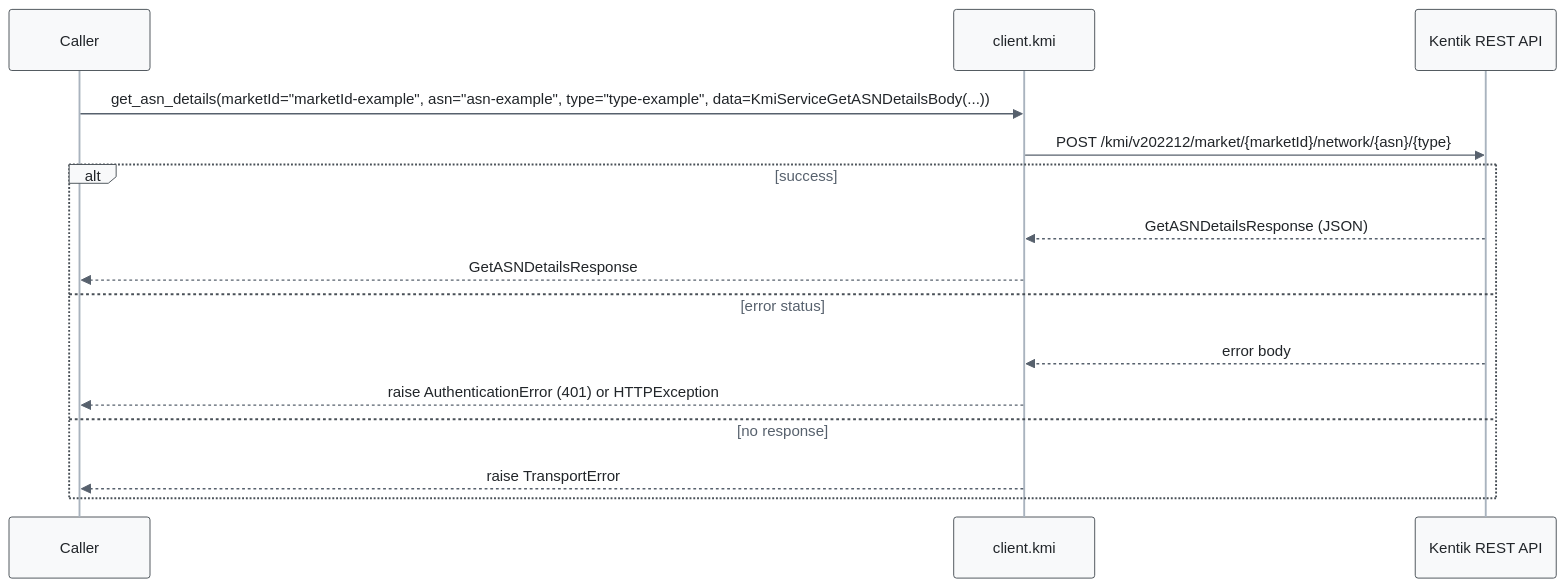
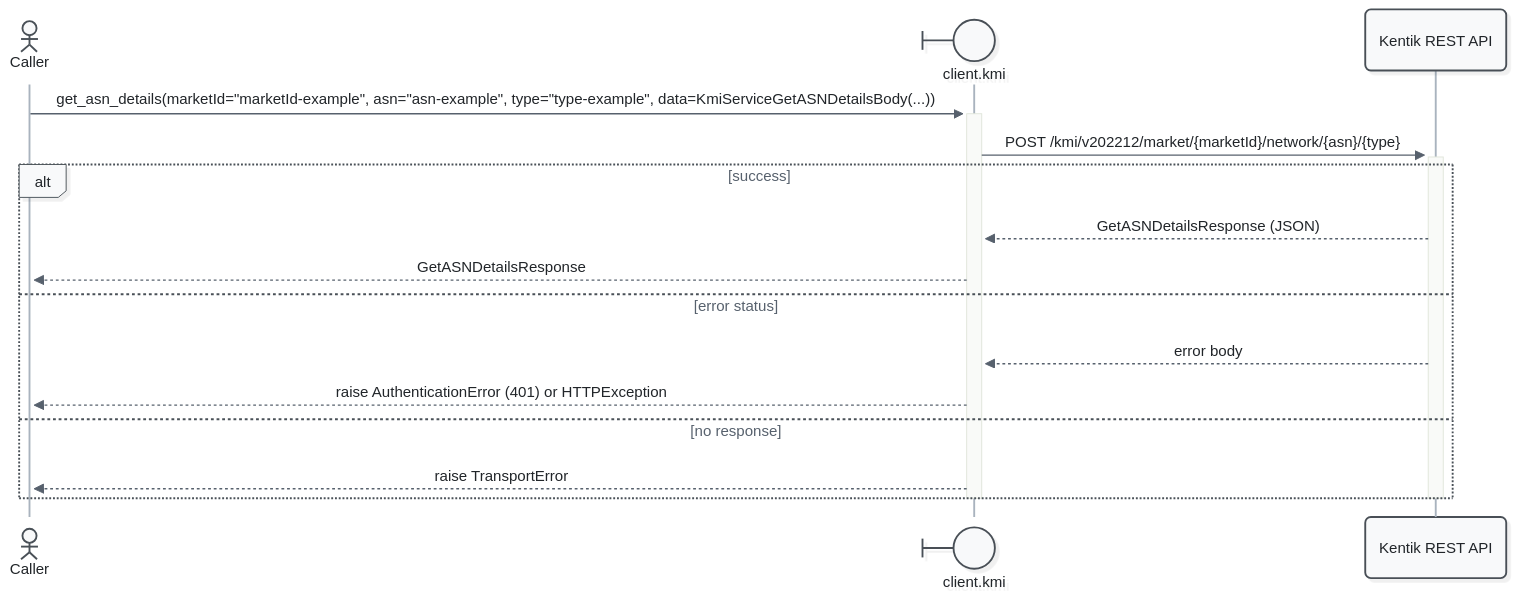
Before and after one commit to alexdearaujo/community_sdk_python: the fifth of 11 diagrams in docs/sphinx/services/kmi.md, drawn with Mermaid. The commit also changed other lines of this file and 52 other files, not shown here.

First line of the commit message:
docs: Mermaid 12 sequence diagrams with participant types and path colors

````diff
--- a/docs/sphinx/services/kmi.md
+++ b/docs/sphinx/services/kmi.md
@@ -198,19 +208,21 @@
 ```mermaid
-%%{init: {"theme": "base", "fontFamily": "ui-monospace, SFMono-Regular, Menlo, monospace", "themeVariables": {"fontFamily": "ui-monospace, SFMono-Regular, Menlo, monospace", "primaryColor": "#f8f9fa", "primaryBorderColor": "#495057", "primaryTextColor": "#212529", "textColor": "#212529", "lineColor": "#77818c", "edgeLabelBackground": "#ffffff", "actorBkg": "#f8f9fa", "actorBorder": "#495057", "actorTextColor": "#212529", "actorLineColor": "#a9b3be", "signalColor": "#57616d", "signalTextColor": "#212529", "labelBoxBkgColor": "#f8f9fa", "labelBoxBorderColor": "#495057", "labelTextColor": "#212529", "loopTextColor": "#57616d", "noteBkgColor": "#fff9db", "noteBorderColor": "#f08c00", "noteTextColor": "#a35a00"}, "flowchart": {"curve": "step", "nodeSpacing": 30, "rankSpacing": 70, "wrappingWidth": 400}}}%%
+%%{init: {"theme": "redux", "look": "neo", "layout": "dagre", "fontFamily": "ui-monospace, SFMono-Regular, Menlo, monospace", "themeVariables": {"fontFamily": "ui-monospace, SFMono-Regular, Menlo, monospace", "primaryColor": "#f8f9fa", "primaryBorderColor": "#495057", "primaryTextColor": "#212529", "textColor": "#212529", "lineColor": "#77818c", "edgeLabelBackground": "#ffffff", "actorBkg": "#f8f9fa", "actorBorder": "#495057", "actorTextColor": "#212529", "actorLineColor": "#a9b3be", "signalColor": "#57616d", "signalTextColor": "#212529", "labelBoxBkgColor": "#f8f9fa", "labelBoxBorderColor": "#495057", "labelTextColor": "#212529", "loopTextColor": "#57616d", "noteBkgColor": "#fff9db", "noteBorderColor": "#f08c00", "noteTextColor": "#a35a00"}, "sequence": {"activationWidth": 16}, "flowchart": {"curve": "step", "nodeSpacing": 30, "rankSpacing": 70, "wrappingWidth": 400}}}%%
 sequenceDiagram
-    participant C as Caller
-    participant W as client.kmi
+    actor C as Caller
+    participant W@{ "type": "boundary" } as client.kmi
     participant API as Kentik REST API
 
-    C->>W: get_asn_details(marketId="marketId-example", asn="asn-example", type="type-example", data=KmiServiceGetASNDetailsBody(...))
-    W->>API: POST /kmi/v202212/market/{marketId}/network/{asn}/{type}
+    C->>+W: get_asn_details(marketId="marketId-example", asn="asn-example", type="type-example", data=KmiServiceGetASNDetailsBody(...))
+    W->>+API: POST /kmi/v202212/market/{marketId}/network/{asn}/{type}
     alt success
         API-->>W: GetASNDetailsResponse (JSON)
         W-->>C: GetASNDetailsResponse
     else error status
         API-->>W: error body
         W-->>C: raise AuthenticationError (401) or HTTPException
     else no response
         W-->>C: raise TransportError
     end
+    deactivate API
+    deactivate W
 ```
````
